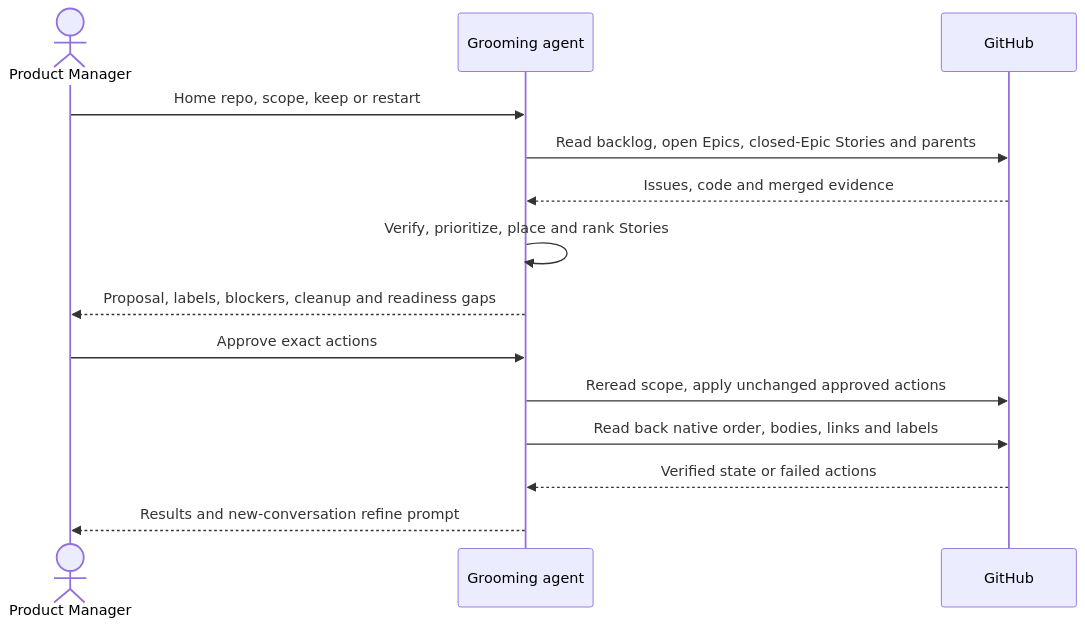
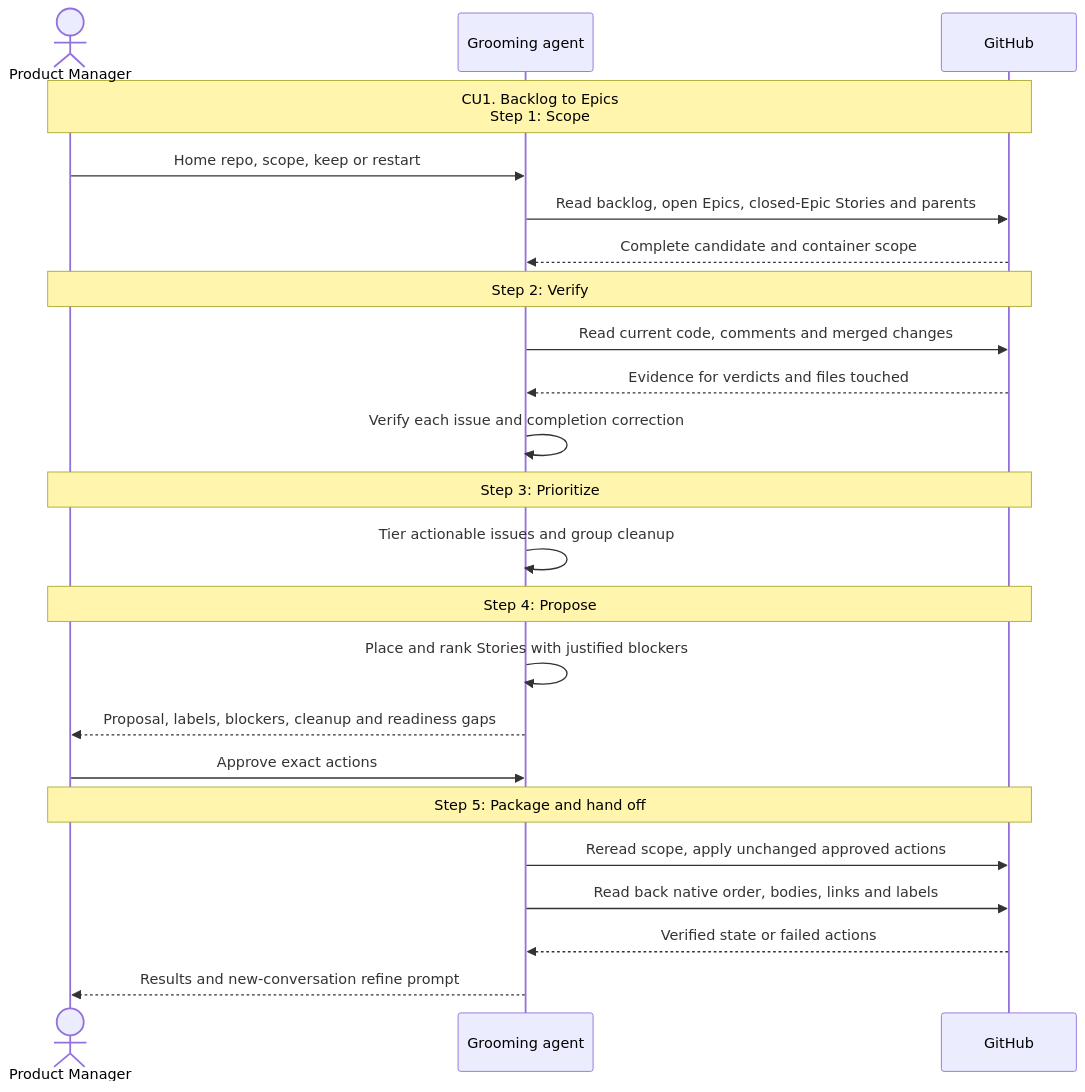
One commit to pascalandy/skills changed the diagram in skills/grooming-mode/playbooks/epic.md. Above: the diagram before and after it, drawn with Mermaid. The commit also changed other lines of this file and 11 other files, not shown here.

````diff
--- a/skills/grooming-mode/playbooks/epic.md
+++ b/skills/grooming-mode/playbooks/epic.md
@@ -70,18 +70,27 @@
 ```mermaid
 sequenceDiagram
     accTitle: CU1 Backlog to Epics
     accDescr: Scope and verify before proposal. GitHub writes follow approval. Readback and a refine prompt end the route.
     actor PM as Product Manager
     participant G as Grooming agent
     participant GH as GitHub
+    Note over PM,GH: CU1. Backlog to Epics<br>Step 1: Scope
     PM->>G: Home repo, scope, keep or restart
     G->>GH: Read backlog, open Epics, closed-Epic Stories and parents
-    GH-->>G: Issues, code and merged evidence
-    G->>G: Verify, prioritize, place and rank Stories
+    GH-->>G: Complete candidate and container scope
+    Note over PM,GH: Step 2: Verify
+    G->>GH: Read current code, comments and merged changes
+    GH-->>G: Evidence for verdicts and files touched
+    G->>G: Verify each issue and completion correction
+    Note over PM,GH: Step 3: Prioritize
+    G->>G: Tier actionable issues and group cleanup
+    Note over PM,GH: Step 4: Propose
+    G->>G: Place and rank Stories with justified blockers
     G-->>PM: Proposal, labels, blockers, cleanup and readiness gaps
     PM->>G: Approve exact actions
+    Note over PM,GH: Step 5: Package and hand off
     G->>GH: Reread scope, apply unchanged approved actions
     G->>GH: Read back native order, bodies, links and labels
     GH-->>G: Verified state or failed actions
     G-->>PM: Results and new-conversation refine prompt
 ```
````
